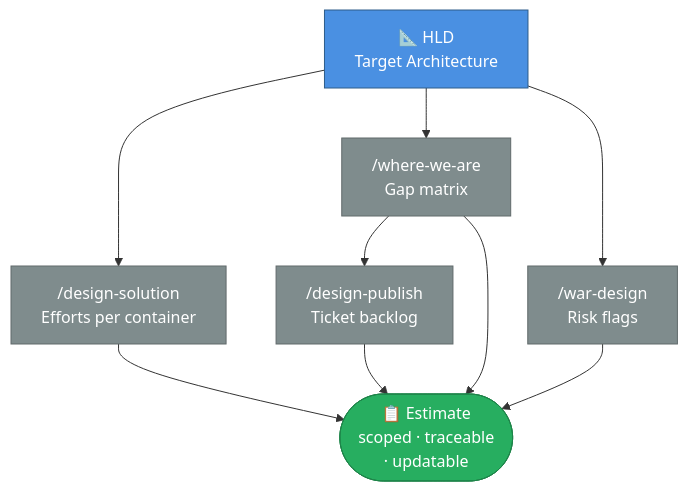
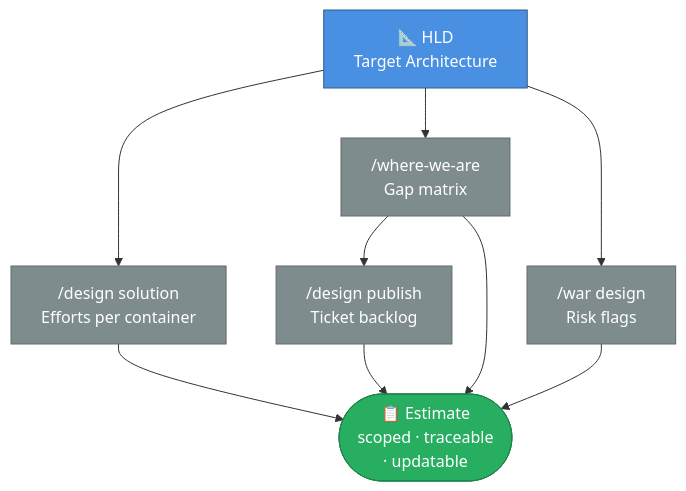
Before and after one commit to DataArt/artisyn-implementation-harness: the fourth of 4 diagrams in docs/Harness/04 Adoption/01 Pre-Sales.md, drawn with Mermaid. The commit also changed other lines of this file and 143 other files, not shown here.

````diff
--- a/docs/Harness/04 Adoption/01 Pre-Sales.md
+++ b/docs/Harness/04 Adoption/01 Pre-Sales.md
@@ -131,22 +131,22 @@
 ```mermaid
 flowchart TD
     HLD["📐 HLD\nTarget Architecture"]:::input
-    DS["/design-solution\nEfforts per container"]:::cmd
+    DS["/design solution\nEfforts per container"]:::cmd
     WW["/where-we-are\nGap matrix"]:::cmd
-    WD["/war-design\nRisk flags"]:::cmd
-    DP["/design-publish\nTicket backlog"]:::cmd
+    WD["/war design\nRisk flags"]:::cmd
+    DP["/design publish\nTicket backlog"]:::cmd
     EST(["📋 Estimate\nscoped · traceable\n· updatable"]):::output
 
     HLD --> DS
     HLD --> WW
     HLD --> WD
     WW --> DP
     DS --> EST
     WW --> EST
     WD --> EST
     DP --> EST
 
     classDef input fill:#4A90E2,stroke:#2E5C8A,color:#fff
     classDef cmd fill:#7F8C8D,stroke:#616A6B,color:#fff
     classDef output fill:#27AE60,stroke:#1E8449,color:#fff
 ```
````
